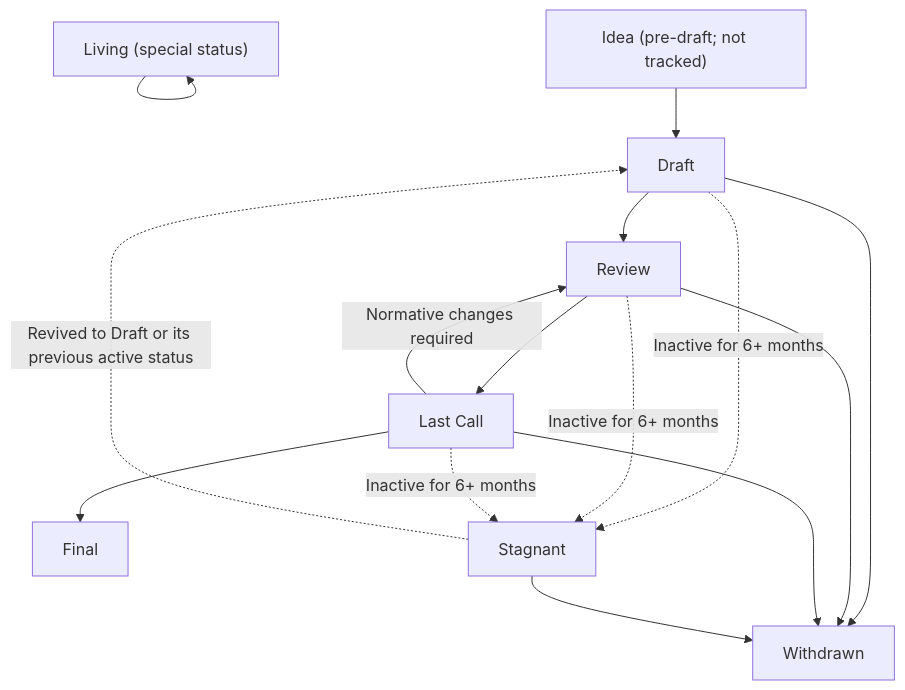
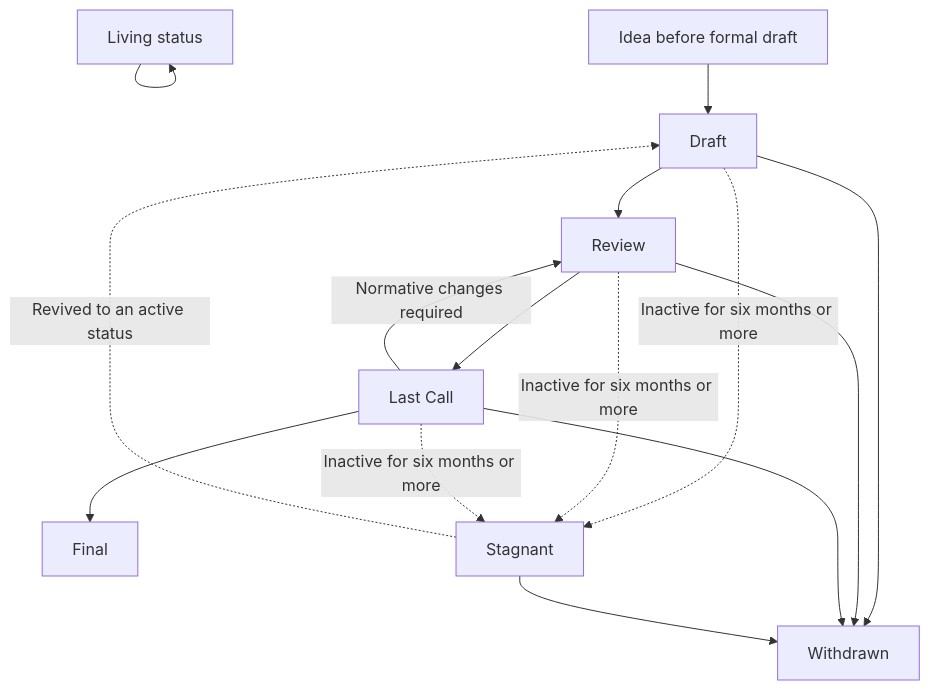
The second of 2 diagrams in 00-Introduction/what-are-eips-and-ercs.md (0xSix9/Ethereum-EIPs-ERCs), drawn with Mermaid before and after one commit. The commit also changed other lines of this file, not shown here.

Commit message:
docs: fix Mermaid diagram rendering

````diff
--- a/00-Introduction/what-are-eips-and-ercs.md
+++ b/00-Introduction/what-are-eips-and-ercs.md
@@ -148,17 +148,17 @@
 ```mermaid
 flowchart TD
-    A["Idea (pre-draft; not tracked)"] --> B[Draft]
-    B --> C[Review]
-    C --> D[Last Call]
-    D --> E[Final]
+    A["Idea before formal draft"] --> B["Draft"]
+    B --> C["Review"]
+    C --> D["Last Call"]
+    D --> E["Final"]
     D -- "Normative changes required" --> C
-    B -. "Inactive for 6+ months" .-> F[Stagnant]
-    C -. "Inactive for 6+ months" .-> F
-    D -. "Inactive for 6+ months" .-> F
-    F -. "Revived to Draft or its previous active status" .-> B
-    B --> G[Withdrawn]
+    B -. "Inactive for six months or more" .-> F["Stagnant"]
+    C -. "Inactive for six months or more" .-> F
+    D -. "Inactive for six months or more" .-> F
+    F -. "Revived to an active status" .-> B
+    B --> G["Withdrawn"]
     C --> G
     D --> G
     F --> G
-    H["Living (special status)"] --> H
+    H["Living status"] --> H
 ```
````
